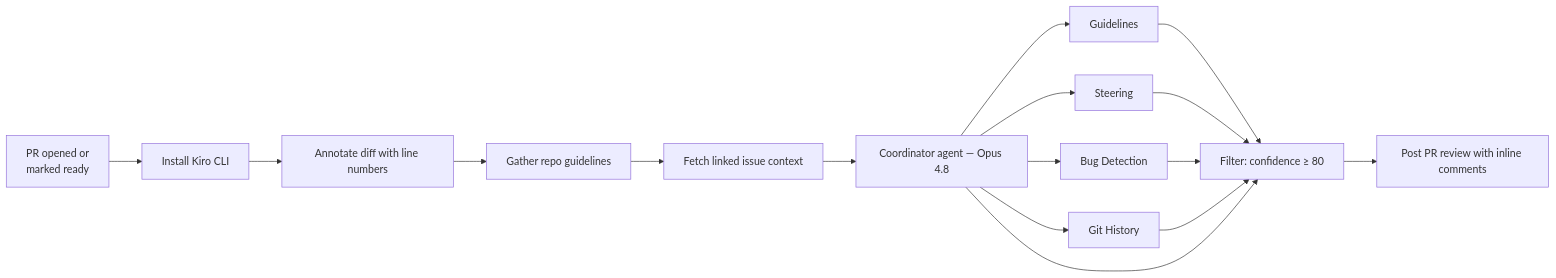
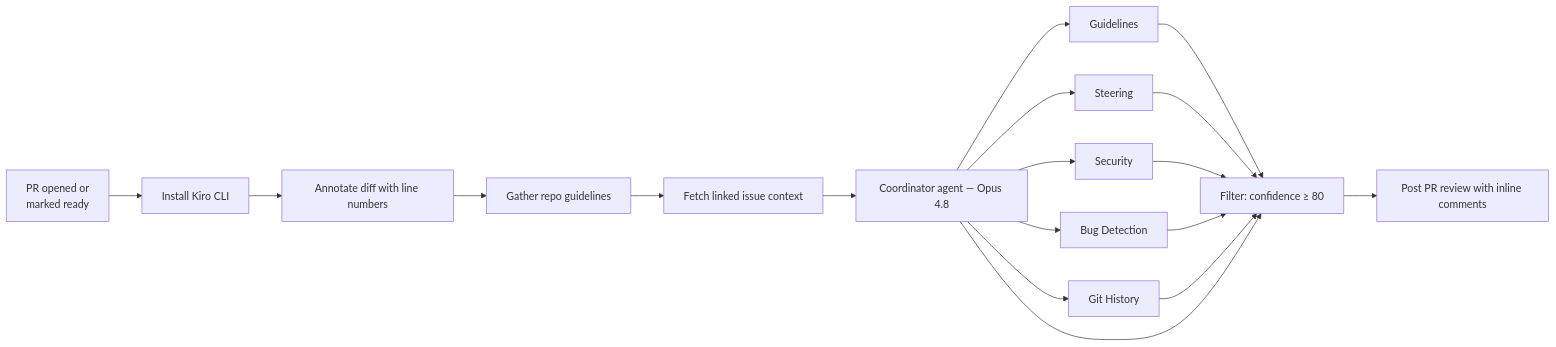
The diagram in README.md (kyleseaman/kiro-code-reviews), drawn with Mermaid before and after one commit. The commit also changed other lines of this file and 6 other files, not shown here.

````diff
--- a/README.md
+++ b/README.md
@@ -12,18 +12,20 @@
 ```mermaid
 flowchart LR
     A[PR opened or\nmarked ready] --> B[Install Kiro CLI]
     B --> C[Annotate diff with line numbers]
     C --> D[Gather repo guidelines]
     D --> E[Fetch linked issue context]
     E --> F[Coordinator agent — Opus 4.8]
     F --> G[Guidelines]
     F --> H[Steering]
+    F --> S[Security]
     F --> I[Bug Detection]
     F --> J[Git History]
     G --> K[Filter: confidence ≥ 80]
     H --> K
+    S --> K
     I --> K
     J --> K
     F --> K
     K --> L[Post PR review with inline comments]
 ```
````
